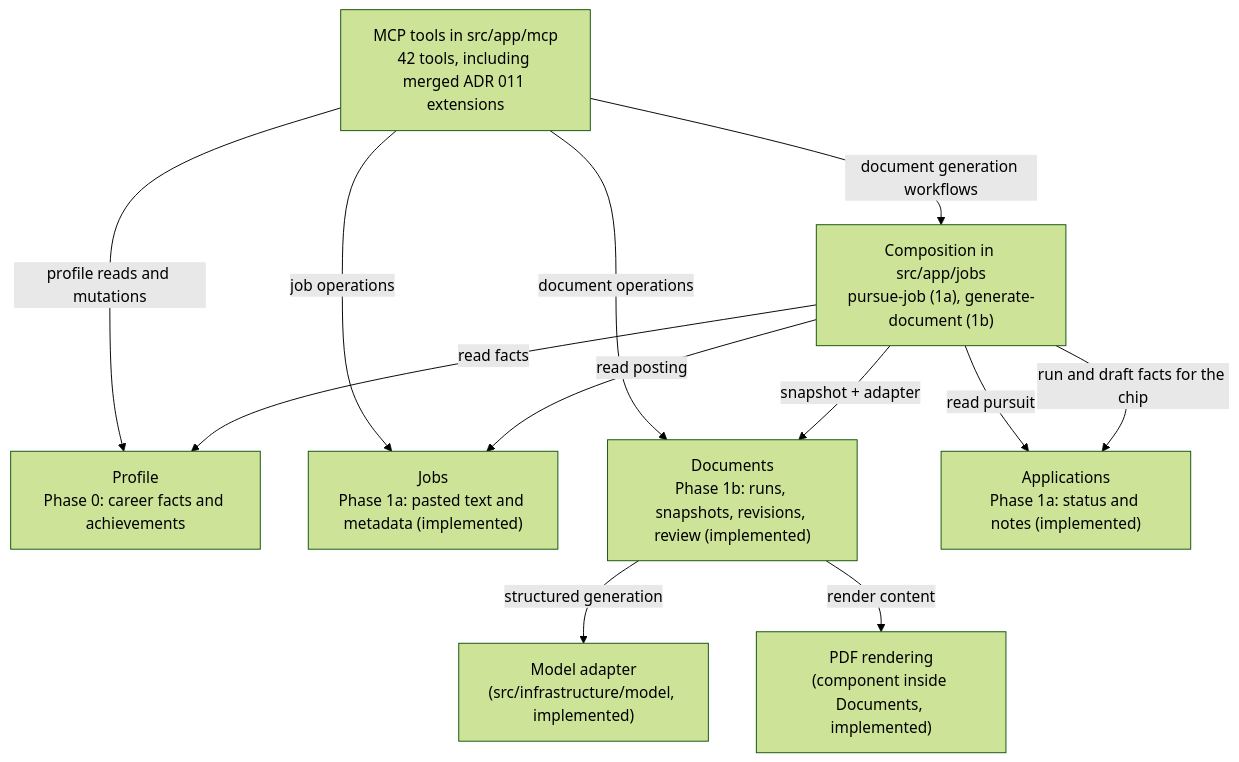
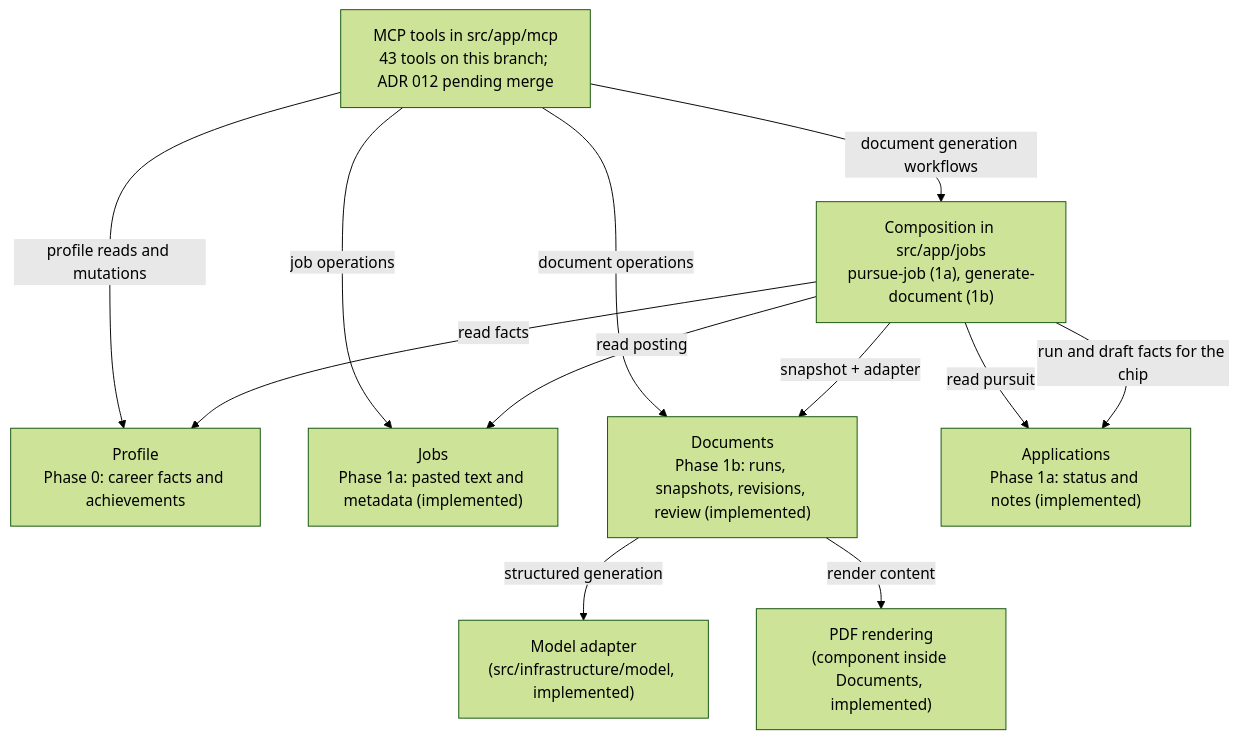
The second of 2 diagrams in docs/03-system-and-modules.md (3333444n/landed), drawn with Mermaid (forest theme) before and after one commit. The commit also changed other lines of this file and 12 other files, not shown here.

````diff
--- a/docs/03-system-and-modules.md
+++ b/docs/03-system-and-modules.md
@@ -39,22 +39,22 @@
 ```mermaid
 flowchart TB
   model["Model adapter<br/>(src/infrastructure/model, implemented)"]
   pdf["PDF rendering<br/>(component inside Documents, implemented)"]
   profile["Profile<br/>Phase 0: career facts and achievements"]
   jobs["Jobs<br/>Phase 1a: pasted text and metadata (implemented)"]
   documents["Documents<br/>Phase 1b: runs, snapshots, revisions, review (implemented)"]
   applications["Applications<br/>Phase 1a: status and notes (implemented)"]
   compose["Composition in src/app/jobs<br/>pursue-job (1a), generate-document (1b)"]
-  mcp["MCP tools in src/app/mcp<br/>42 tools, including merged ADR 011 extensions"]
+  mcp["MCP tools in src/app/mcp<br/>43 tools on this branch; ADR 012 pending merge"]
   mcp -->|"profile reads and mutations"| profile
   mcp -->|"document generation workflows"| compose
   mcp -->|"job operations"| jobs
   mcp -->|"document operations"| documents
   compose -->|"read facts"| profile
   compose -->|"read posting"| jobs
   compose -->|"read pursuit"| applications
   compose -->|"snapshot + adapter"| documents
   documents -->|"structured generation"| model
   documents -->|"render content"| pdf
   compose -->|"run and draft facts for the chip"| applications
 ```
````
